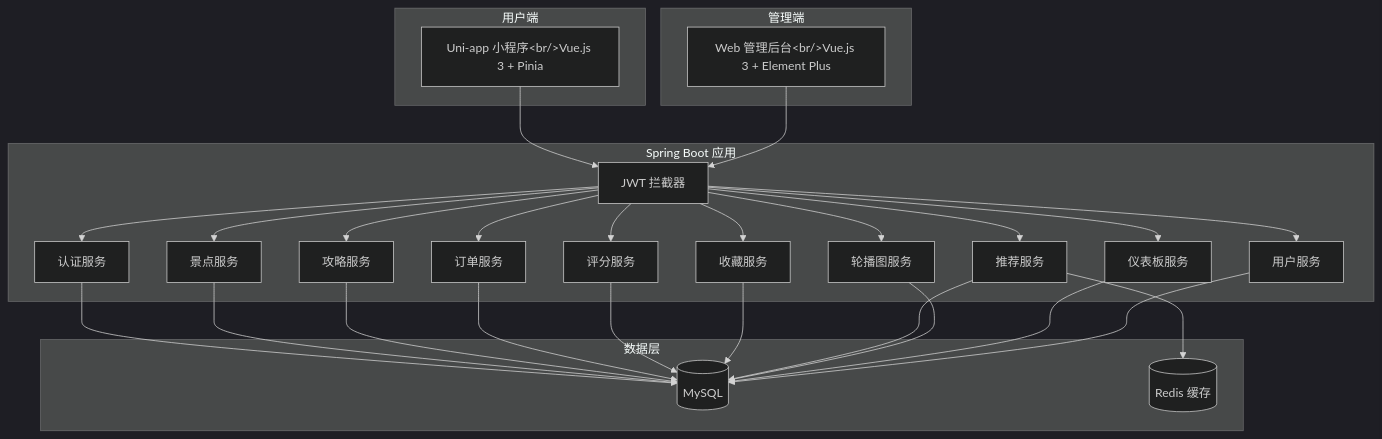
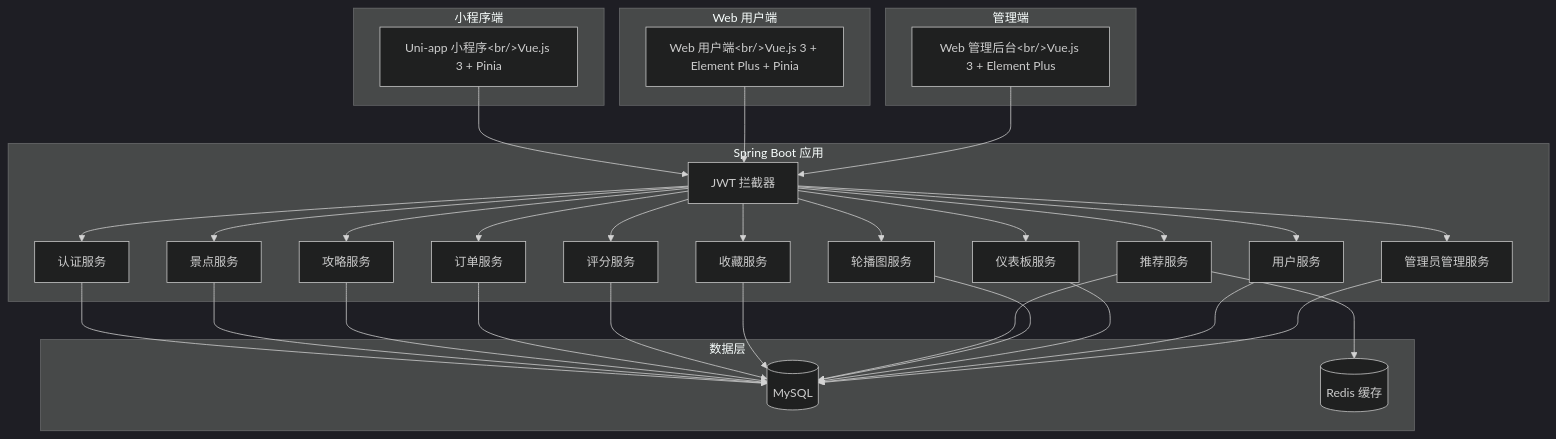
One commit to TheayX/WayTrip changed the first of 7 diagrams in .kiro/specs/travel-recommendation-system/design.md. Above: the diagram before and after it, drawn with Mermaid (dark theme). The commit also changed other lines of this file and 6 other files, not shown here.

````diff
--- a/.kiro/specs/travel-recommendation-system/design.md
+++ b/.kiro/specs/travel-recommendation-system/design.md
@@ -11,54 +11,62 @@
 ```mermaid
 graph TB
-    subgraph 用户端
+    subgraph 小程序端
         MP["Uni-app 小程序&lt;br/&gt;Vue.js 3 + Pinia"]
+    end
+
+    subgraph Web 用户端
+        WEBUSER["Web 用户端&lt;br/&gt;Vue.js 3 + Element Plus + Pinia"]
     end
 
     subgraph 管理端
         WEB["Web 管理后台&lt;br/&gt;Vue.js 3 + Element Plus"]
     end
 
     subgraph "Spring Boot 应用"
         INTERCEPTOR["JWT 拦截器"]
         AUTH[认证服务]
         SPOT[景点服务]
         GUIDE[攻略服务]
         ORDER[订单服务]
         RATING[评分服务]
         FAV[收藏服务]
         REC[推荐服务]
         BANNER[轮播图服务]
         DASHBOARD[仪表板服务]
         USER[用户服务]
+        ADMIN_MGR[管理员管理服务]
     end
 
     subgraph 数据层
         DB[("MySQL")]
         CACHE[("Redis 缓存")]
     end
 
     MP --> INTERCEPTOR
+    WEBUSER --> INTERCEPTOR
     WEB --> INTERCEPTOR
     INTERCEPTOR --> AUTH
     INTERCEPTOR --> SPOT
     INTERCEPTOR --> GUIDE
     INTERCEPTOR --> ORDER
     INTERCEPTOR --> RATING
     INTERCEPTOR --> FAV
     INTERCEPTOR --> REC
     INTERCEPTOR --> BANNER
     INTERCEPTOR --> DASHBOARD
     INTERCEPTOR --> USER
+    INTERCEPTOR --> ADMIN_MGR
 
     AUTH --> DB
     SPOT --> DB
     GUIDE --> DB
     ORDER --> DB
     RATING --> DB
     FAV --> DB
     REC --> DB
     REC --> CACHE
     BANNER --> DB
     DASHBOARD --> DB
     USER --> DB
+    ADMIN_MGR --> DB
 ```
````
